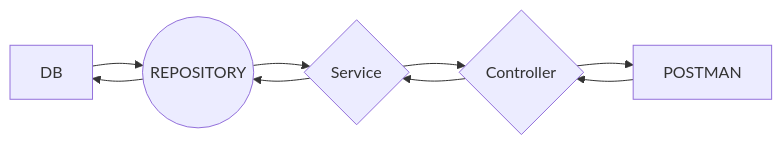
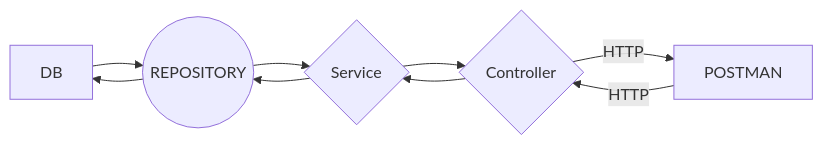
The diagram in README.md (vKutik/intask), drawn with Mermaid before and after one commit.

````diff
--- a/README.md
+++ b/README.md
@@ -34,11 +34,11 @@
 ```mermaid
 graph LR
 A[DB] --> B((REPOSITORY))
 B --> D{Service}
 D --> C{Controller}
-C --> F[POSTMAN]
-F --> C
+C -- HTTP --> F[POSTMAN]
+F -- HTTP --> C
 C --> D
 D --> B
 B --> A
 ```
````
